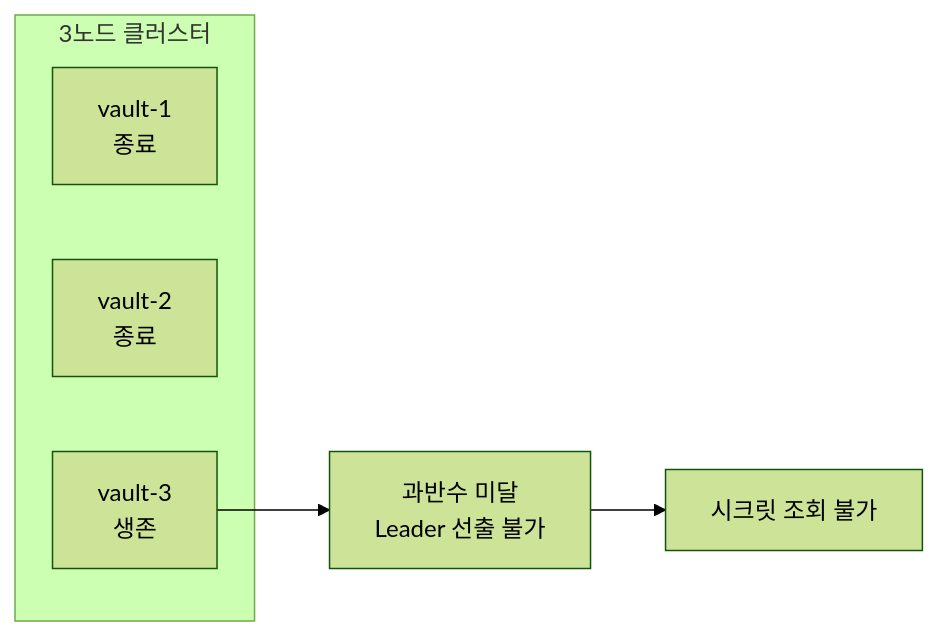
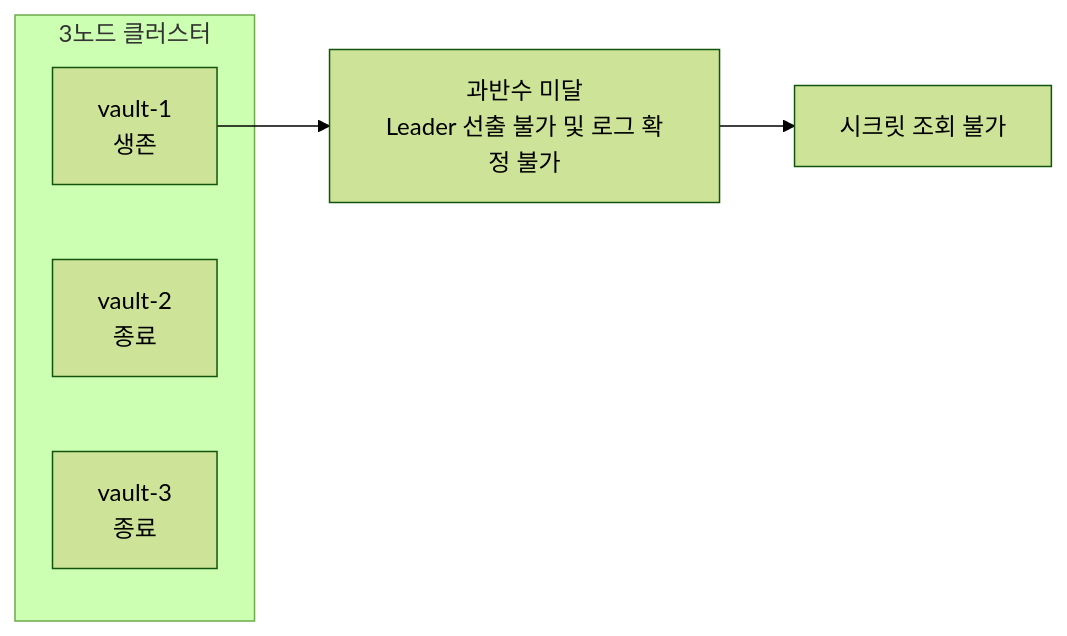
One commit to sanghoon-lee/sanghoon-lee.github.io changed the third of 3 diagrams in _posts/2026-07-04-vault-ha4.md. Above: the diagram before and after it, drawn with Mermaid (forest theme). The commit also changed other lines of this file, not shown here.

Commit message:
Vault 클러스터 구축 4편 리라이팅

````diff
--- a/_posts/2026-07-04-vault-ha4.md
+++ b/_posts/2026-07-04-vault-ha4.md
@@ -269,11 +317,11 @@
 ```mermaid
 flowchart LR
     subgraph "3노드 클러스터"
-        V1["vault-1<br/>종료"]
+        V1["vault-1<br/>생존"]
         V2["vault-2<br/>종료"]
-        V3["vault-3<br/>생존"]
+        V3["vault-3<br/>종료"]
     end
 
-    V3 --> Q["과반수 미달<br/>Leader 선출 불가"]
+    V1 --> Q["과반수 미달<br/>Leader 선출 불가 및 로그 확정 불가"]
     Q --> F["시크릿 조회 불가"]
 ```
````
